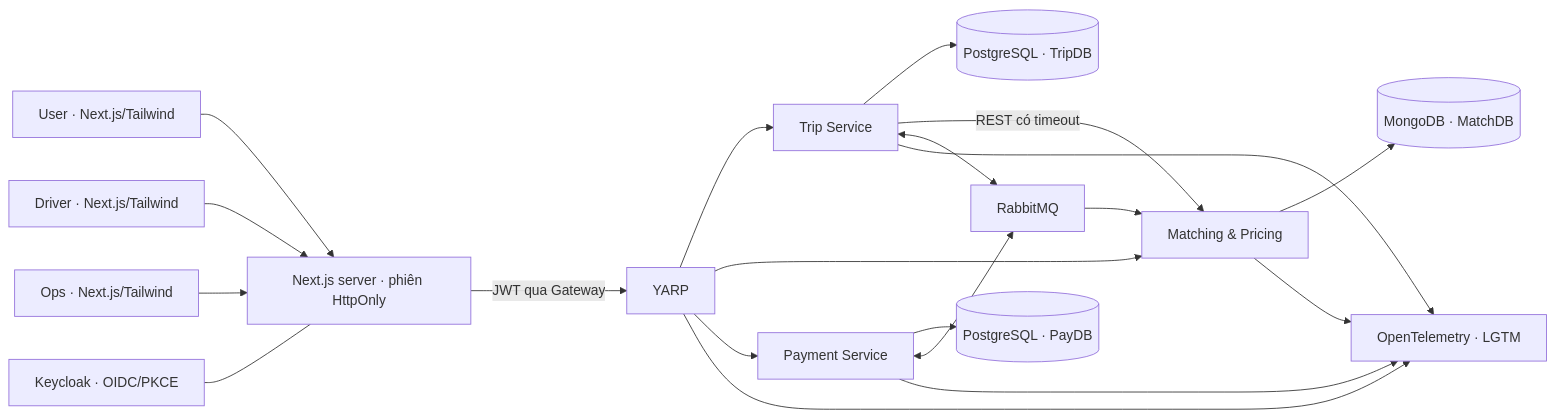
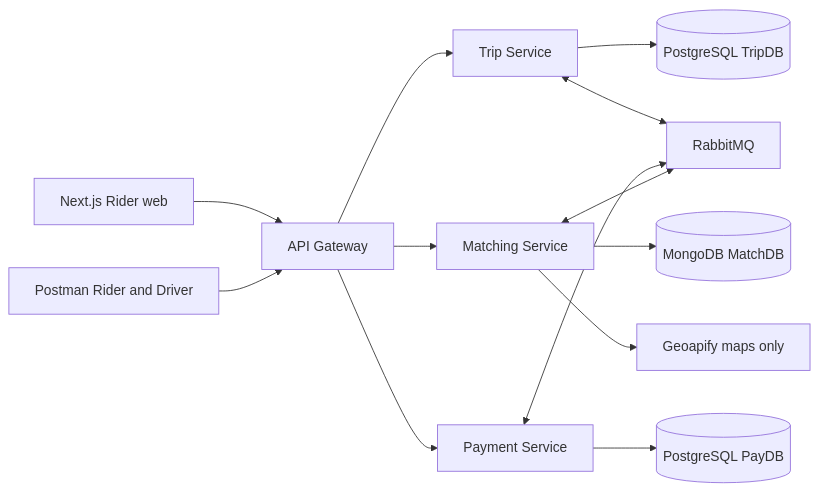
Before and after one commit to QuocDai-210/SoftwareArchitecture: the diagram in docs/architecture.md, drawn with Mermaid. The commit also changed other lines of this file and 204 other files, not shown here.

````diff
--- a/docs/architecture.md
+++ b/docs/architecture.md
@@ -5,19 +6,15 @@
 ```mermaid
 flowchart LR
-    Rider[User · Next.js/Tailwind] --> Web[Next.js server · phiên HttpOnly]
-    Driver[Driver · Next.js/Tailwind] --> Web
-    Ops[Ops · Next.js/Tailwind] --> Web
-    Web -->|JWT qua Gateway| G[YARP]
-    IdP[Keycloak · OIDC/PKCE] --- Web
-    G --> T[Trip Service]
-    G --> M[Matching & Pricing]
-    G --> P[Payment Service]
-    T --> SQL[(PostgreSQL · TripDB)]
-    M --> Mongo[(MongoDB · MatchDB)]
-    P --> PG[(PostgreSQL · PayDB)]
-    T -->|REST có timeout| M
-    T <--> MQ[RabbitMQ]
-    P <--> MQ
-    MQ --> M
-    G & T & M & P --> O[OpenTelemetry · LGTM]
+  Rider[Next.js Rider web] --> Gateway[API Gateway]
+  Postman[Postman Rider and Driver] --> Gateway
+  Gateway --> Trip[Trip Service]
+  Gateway --> Match[Matching Service]
+  Gateway --> Pay[Payment Service]
+  Trip --> TripDB[(PostgreSQL TripDB)]
+  Match --> MatchDB[(MongoDB MatchDB)]
+  Pay --> PayDB[(PostgreSQL PayDB)]
+  Trip <--> Rabbit[RabbitMQ]
+  Pay <--> Rabbit
+  Match <--> Rabbit
+  Match --> Geo[Geoapify maps only]
 ```
````
